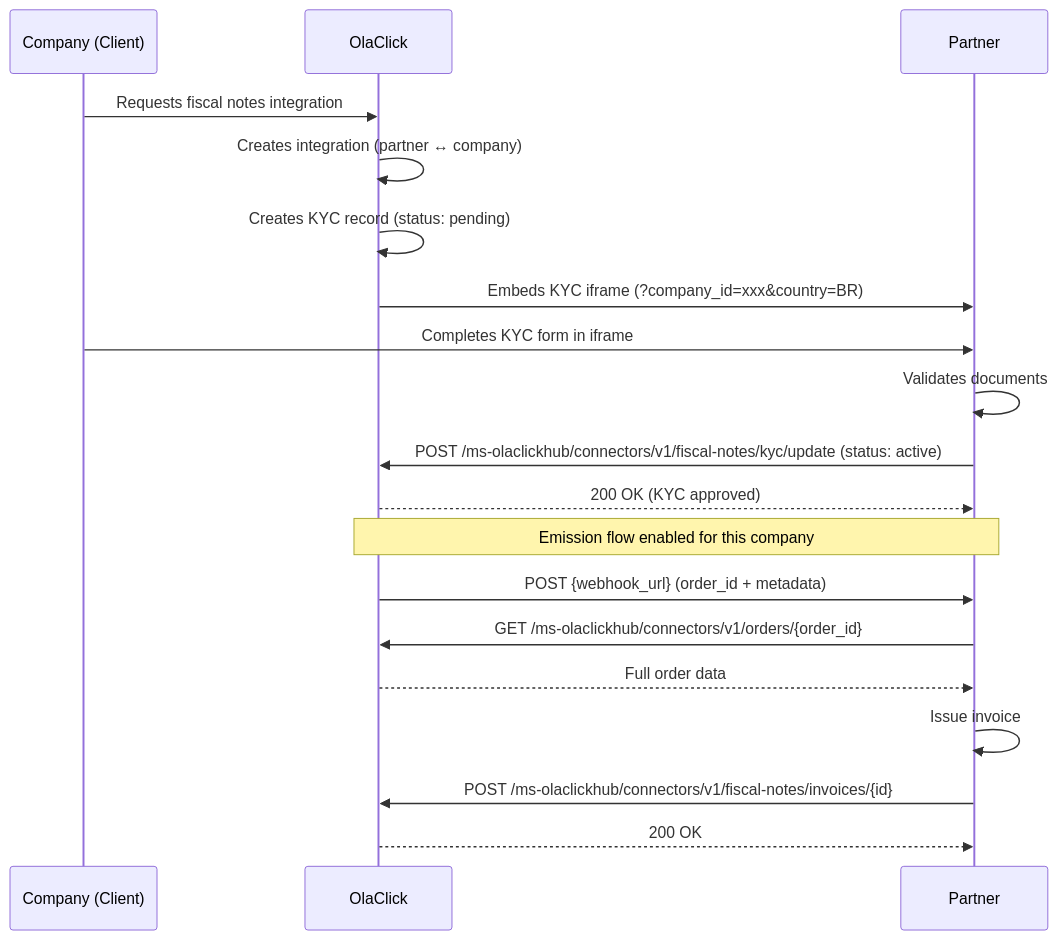
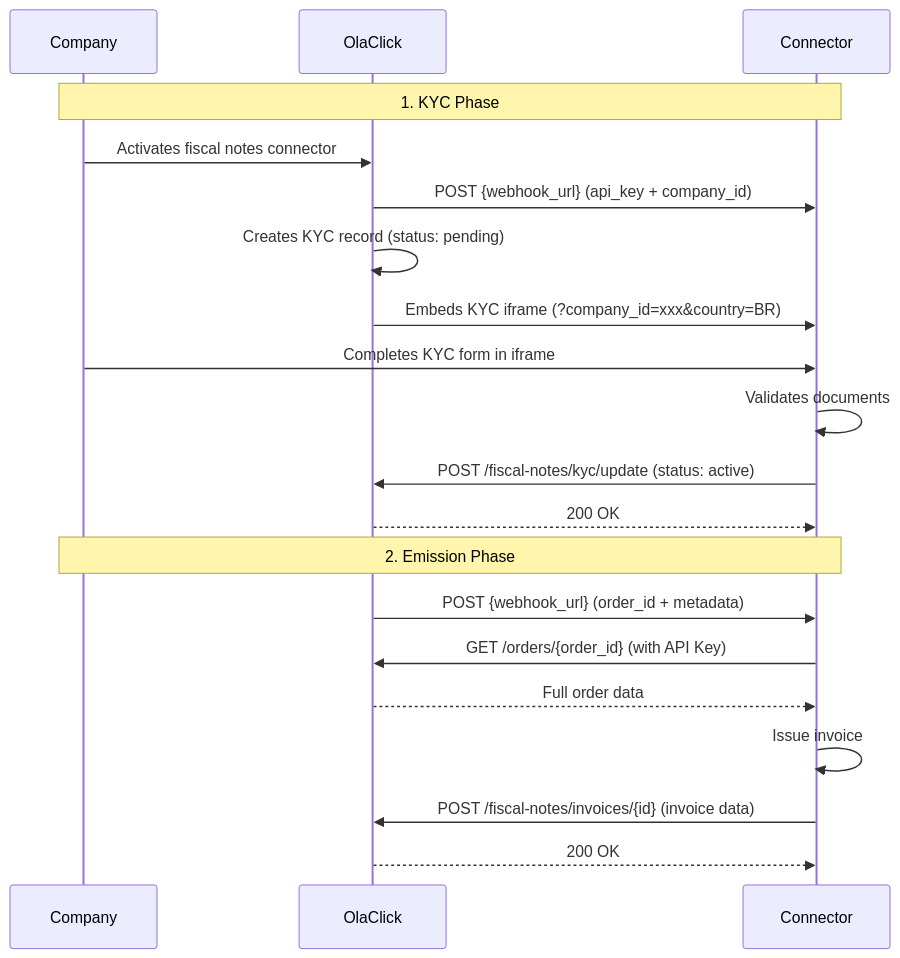
The diagram in docs/modules/fiscal-notes/onboarding.md (estefanno18/olaclick-partners-landing-page), drawn with Mermaid before and after one commit. The commit also changed other lines of this file and 14 other files, not shown here.

````diff
--- a/docs/modules/fiscal-notes/onboarding.md
+++ b/docs/modules/fiscal-notes/onboarding.md
@@ -12,28 +12,26 @@
 ```mermaid
 sequenceDiagram
-    participant Company as Company (Client)
+    participant Company as Company
     participant OlaClick as OlaClick
-    participant Partner as Partner
+    participant Connector as Connector
 
-    Company->>OlaClick: Requests fiscal notes integration
-    OlaClick->>OlaClick: Creates integration (partner ↔ company)
+    Note over Company,Connector: 1. KYC Phase
+
+    Company->>OlaClick: Activates fiscal notes connector
+    OlaClick->>Connector: POST {webhook_url} (api_key + company_id)
     OlaClick->>OlaClick: Creates KYC record (status: pending)
+    OlaClick->>Connector: Embeds KYC iframe (?company_id=xxx&country=BR)
+    Company->>Connector: Completes KYC form in iframe
+    Connector->>Connector: Validates documents
+    Connector->>OlaClick: POST /fiscal-notes/kyc/update (status: active)
+    OlaClick-->>Connector: 200 OK
 
-    OlaClick->>Partner: Embeds KYC iframe (?company_id=xxx&country=BR)
-    Company->>Partner: Completes KYC form in iframe
-    Partner->>Partner: Validates documents
+    Note over Company,Connector: 2. Emission Phase
 
-    Partner->>OlaClick: POST /ms-olaclickhub/connectors/v1/fiscal-notes/kyc/update (status: active)
-    OlaClick-->>Partner: 200 OK (KYC approved)
-
-    Note over Partner,OlaClick: Emission flow enabled for this company
-
-    OlaClick->>Partner: POST {webhook_url} (order_id + metadata)
-    Partner->>OlaClick: GET /ms-olaclickhub/connectors/v1/orders/{order_id}
-    OlaClick-->>Partner: Full order data
-
-    Partner->>Partner: Issue invoice
-
-    Partner->>OlaClick: POST /ms-olaclickhub/connectors/v1/fiscal-notes/invoices/{id}
-    OlaClick-->>Partner: 200 OK
+    OlaClick->>Connector: POST {webhook_url} (order_id + metadata)
+    Connector->>OlaClick: GET /orders/{order_id} (with API Key)
+    OlaClick-->>Connector: Full order data
+    Connector->>Connector: Issue invoice
+    Connector->>OlaClick: POST /fiscal-notes/invoices/{id} (invoice data)
+    OlaClick-->>Connector: 200 OK
 ```
````
